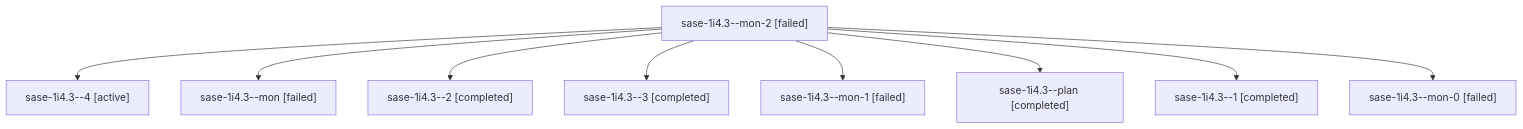
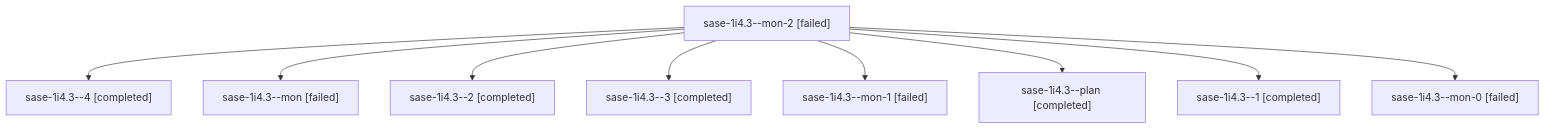
One commit to sase-org/sase--agents changed the diagram in sessions/bbugyi200.apollo.sase-1i4.3.md. Above: the diagram before and after it, drawn with Mermaid. The commit also changed other lines of this file and 29 other files, not shown here.

````diff
--- a/sessions/bbugyi200.apollo.sase-1i4.3.md
+++ b/sessions/bbugyi200.apollo.sase-1i4.3.md
@@ -9,20 +9,20 @@
 ```mermaid
 flowchart TD
   n0["sase-1i4.3--mon-2 [failed]"]
-  n1["sase-1i4.3--4 [active]"]
+  n1["sase-1i4.3--4 [completed]"]
   n0 --> n1
   n2["sase-1i4.3--mon [failed]"]
   n0 --> n2
   n3["sase-1i4.3--2 [completed]"]
   n0 --> n3
   n4["sase-1i4.3--3 [completed]"]
   n0 --> n4
   n5["sase-1i4.3--mon-1 [failed]"]
   n0 --> n5
   n6["sase-1i4.3--plan [completed]"]
   n0 --> n6
   n7["sase-1i4.3--1 [completed]"]
   n0 --> n7
   n8["sase-1i4.3--mon-0 [failed]"]
   n0 --> n8
 ```
````
